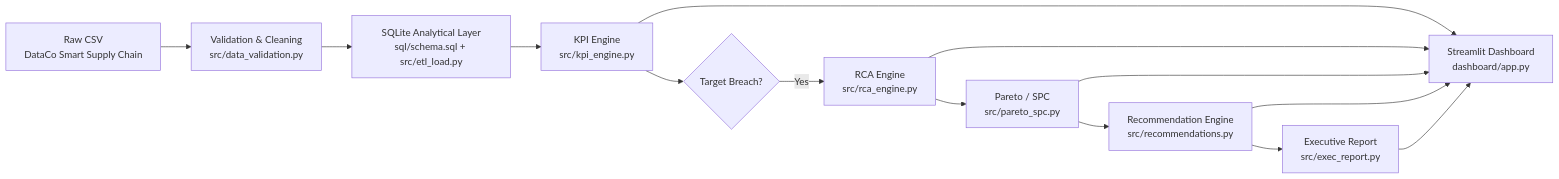
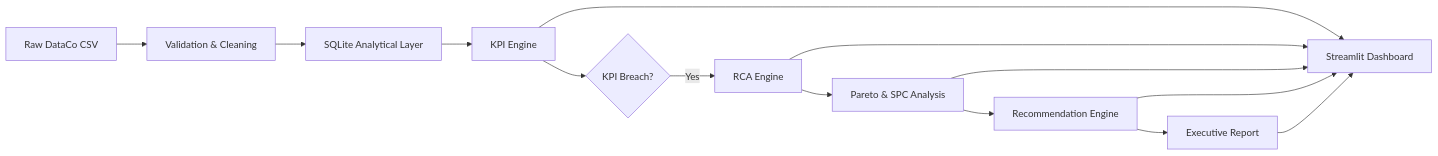
Before and after one commit to dheeraj283/ssc-control-tower: the diagram in README.md, drawn with Mermaid. The commit also changed other lines of this file, not shown here.

````diff
--- a/README.md
+++ b/README.md
@@ -36,16 +41,19 @@
 ```mermaid
 flowchart LR
-    A[Raw CSV<br/>DataCo Smart Supply Chain] --> B[Validation & Cleaning<br/>src/data_validation.py]
-    B --> C[SQLite Analytical Layer<br/>sql/schema.sql + src/etl_load.py]
-    C --> D[KPI Engine<br/>src/kpi_engine.py]
-    D --> E{Target Breach?}
-    E -->|Yes| F[RCA Engine<br/>src/rca_engine.py]
-    F --> G[Pareto / SPC<br/>src/pareto_spc.py]
-    G --> H[Recommendation Engine<br/>src/recommendations.py]
-    H --> I[Executive Report<br/>src/exec_report.py]
-    D --> J[Streamlit Dashboard<br/>dashboard/app.py]
+    A[Raw DataCo CSV] --> B[Validation & Cleaning]
+    B --> C[SQLite Analytical Layer]
+    C --> D[KPI Engine]
+
+    D --> E{KPI Breach?}
+
+    E -->|Yes| F[RCA Engine]
+    F --> G[Pareto & SPC Analysis]
+    G --> H[Recommendation Engine]
+    H --> I[Executive Report]
+
+    D --> J[Streamlit Dashboard]
     F --> J
     G --> J
     H --> J
     I --> J
 ```
````
